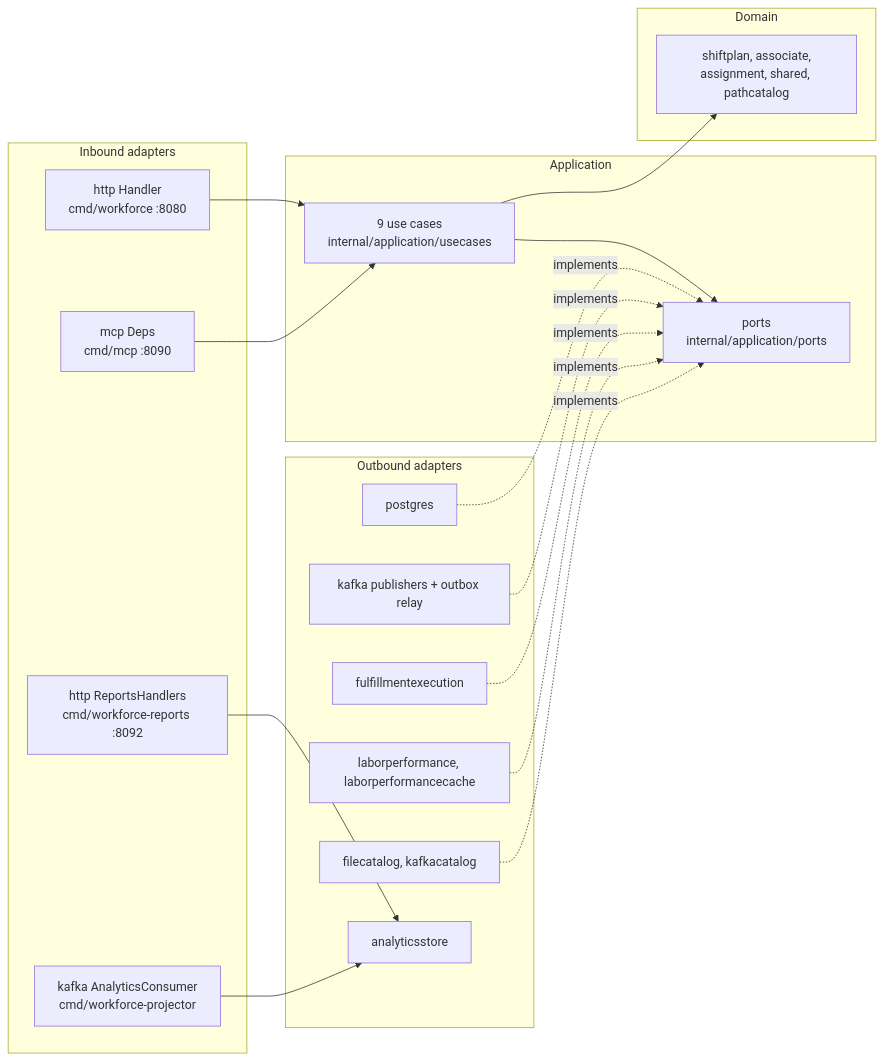
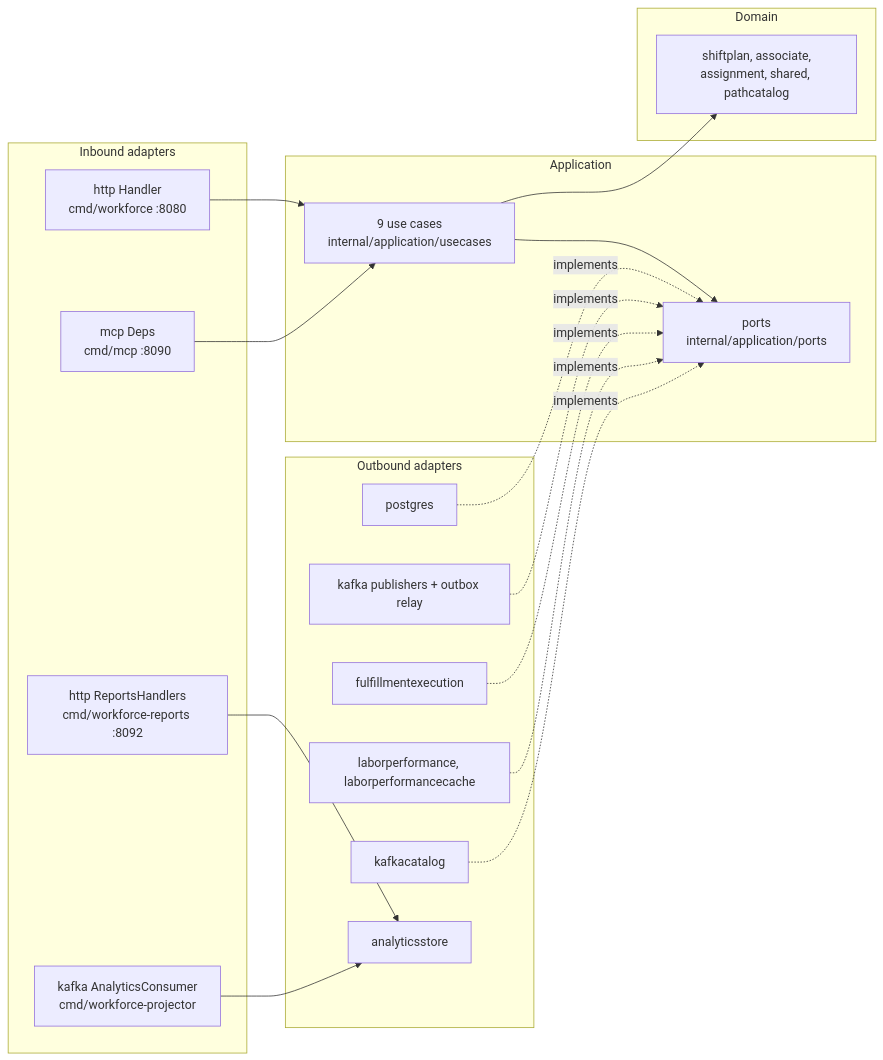
Before and after one commit to IQVO/warehouse-docs: the fourth of 4 diagrams in docs/contexts/workforce-management/class-diagram.md, drawn with Mermaid. The commit also changed other lines of this file and 237 other files, not shown here.

````diff
--- a/docs/contexts/workforce-management/class-diagram.md
+++ b/docs/contexts/workforce-management/class-diagram.md
@@ -327,35 +327,35 @@
 ```mermaid
 flowchart LR
     subgraph inbound["Inbound adapters"]
         HTTP["http Handler<br/>cmd/workforce :8080"]
         MCP["mcp Deps<br/>cmd/mcp :8090"]
         REP["http ReportsHandlers<br/>cmd/workforce-reports :8092"]
         KC["kafka AnalyticsConsumer<br/>cmd/workforce-projector"]
     end
     subgraph app["Application"]
         UC["9 use cases<br/>internal/application/usecases"]
         PORTS["ports<br/>internal/application/ports"]
     end
     subgraph domain["Domain"]
         D["shiftplan, associate,<br/>assignment, shared, pathcatalog"]
     end
     subgraph outbound["Outbound adapters"]
         PG["postgres"]
         KP["kafka publishers + outbox relay"]
         FE["fulfillmentexecution"]
         LP["laborperformance, laborperformancecache"]
-        CAT["filecatalog, kafkacatalog"]
+        CAT["kafkacatalog"]
         AS["analyticsstore"]
     end
     HTTP --> UC
     MCP --> UC
     UC --> D
     UC --> PORTS
     PG -. implements .-> PORTS
     KP -. implements .-> PORTS
     FE -. implements .-> PORTS
     LP -. implements .-> PORTS
     CAT -. implements .-> PORTS
     KC --> AS
     REP --> AS
 ```
````
